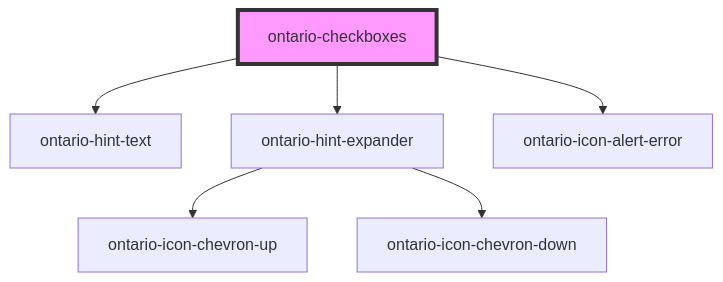
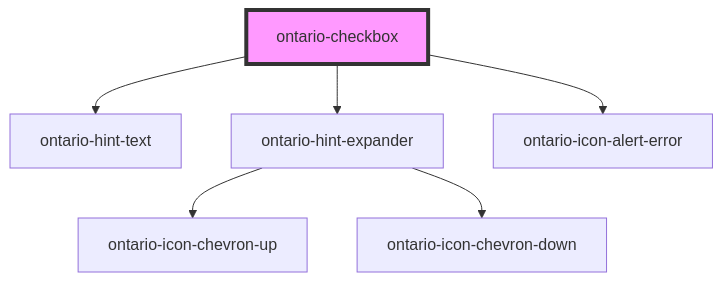
One commit to ongov/ontario-design-system changed the diagram in packages/ontario-design-system-component-library/src/components/ontario-checkbox/readme.md. Above: the diagram before and after it, drawn with Mermaid. The commit also changed other lines of this file and 63 other files, not shown here.

First line of the commit message:
feat(checkbox): add standalone ontario-checkbox component

````diff
--- a/packages/ontario-design-system-component-library/src/components/ontario-checkbox/readme.md
+++ b/packages/ontario-design-system-component-library/src/components/ontario-checkbox/readme.md
@@ -710,9 +74,9 @@
 ```mermaid
 graph TD;
-  ontario-checkboxes --> ontario-hint-text
-  ontario-checkboxes --> ontario-hint-expander
-  ontario-checkboxes --> ontario-icon-alert-error
+  ontario-checkbox --> ontario-hint-text
+  ontario-checkbox --> ontario-hint-expander
+  ontario-checkbox --> ontario-icon-alert-error
   ontario-hint-expander --> ontario-icon-chevron-up
   ontario-hint-expander --> ontario-icon-chevron-down
-  style ontario-checkboxes fill:#f9f,stroke:#333,stroke-width:4px
+  style ontario-checkbox fill:#f9f,stroke:#333,stroke-width:4px
 ```
````
